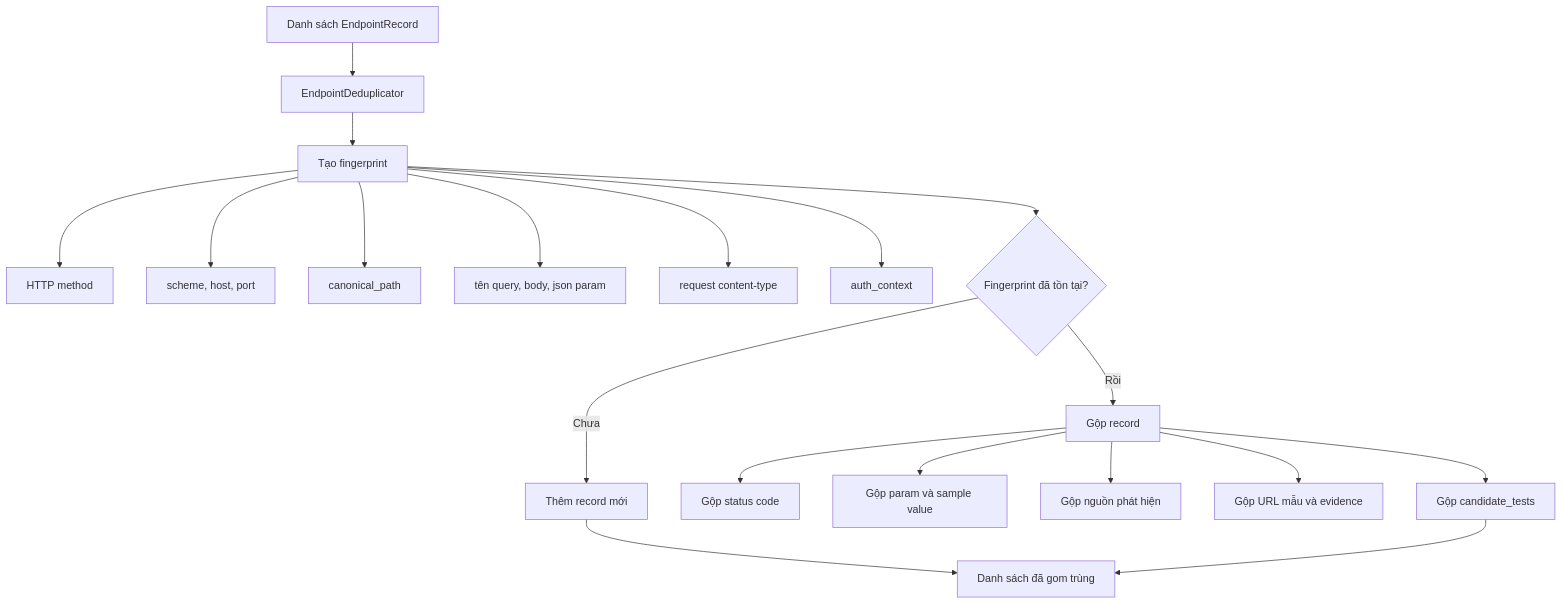
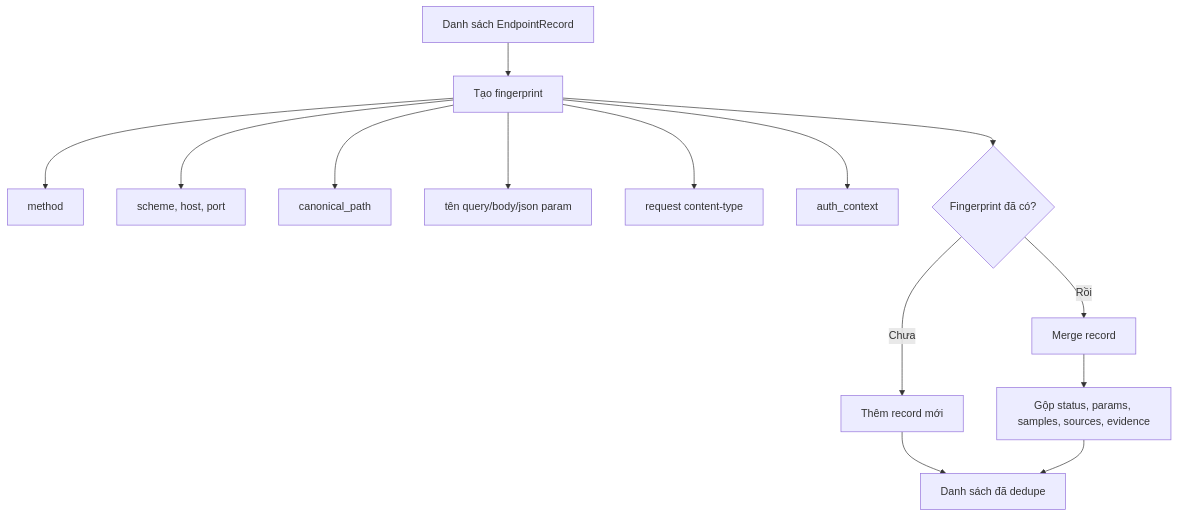
One commit to penguino7/toolkiemthu changed the sixth of 8 diagrams in recontool/RECON_FLOW.md. Above: the diagram before and after it, drawn with Mermaid. The commit also changed other lines of this file and 34 other files, not shown here.

````diff
--- a/recontool/RECON_FLOW.md
+++ b/recontool/RECON_FLOW.md
@@ -199,25 +115,17 @@
 ```mermaid
 flowchart TD
-    A[Danh sách EndpointRecord] --> B[EndpointDeduplicator]
-    B --> C[Tạo fingerprint]
+    A[Danh sách EndpointRecord] --> B[Tạo fingerprint]
+    B --> C[method]
+    B --> D[scheme, host, port]
+    B --> E[canonical_path]
+    B --> F[tên query/body/json param]
+    B --> G[request content-type]
+    B --> H[auth_context]
 
-    C --> D[HTTP method]
-    C --> E[scheme, host, port]
-    C --> F[canonical_path]
-    C --> G[tên query, body, json param]
-    C --> H[request content-type]
-    C --> I[auth_context]
-
-    C --> J{Fingerprint đã tồn tại?}
-    J -->|Chưa| K[Thêm record mới]
-    J -->|Rồi| L[Gộp record]
-
-    L --> M[Gộp status code]
-    L --> N[Gộp param và sample value]
-    L --> O[Gộp nguồn phát hiện]
-    L --> P[Gộp URL mẫu và evidence]
-    L --> Q[Gộp candidate_tests]
-
-    K --> R[Danh sách đã gom trùng]
-    Q --> R
+    B --> I{Fingerprint đã có?}
+    I -->|Chưa| J[Thêm record mới]
+    I -->|Rồi| K[Merge record]
+    K --> L[Gộp status, params, samples, sources, evidence]
+    J --> M[Danh sách đã dedupe]
+    L --> M
 ```
````
